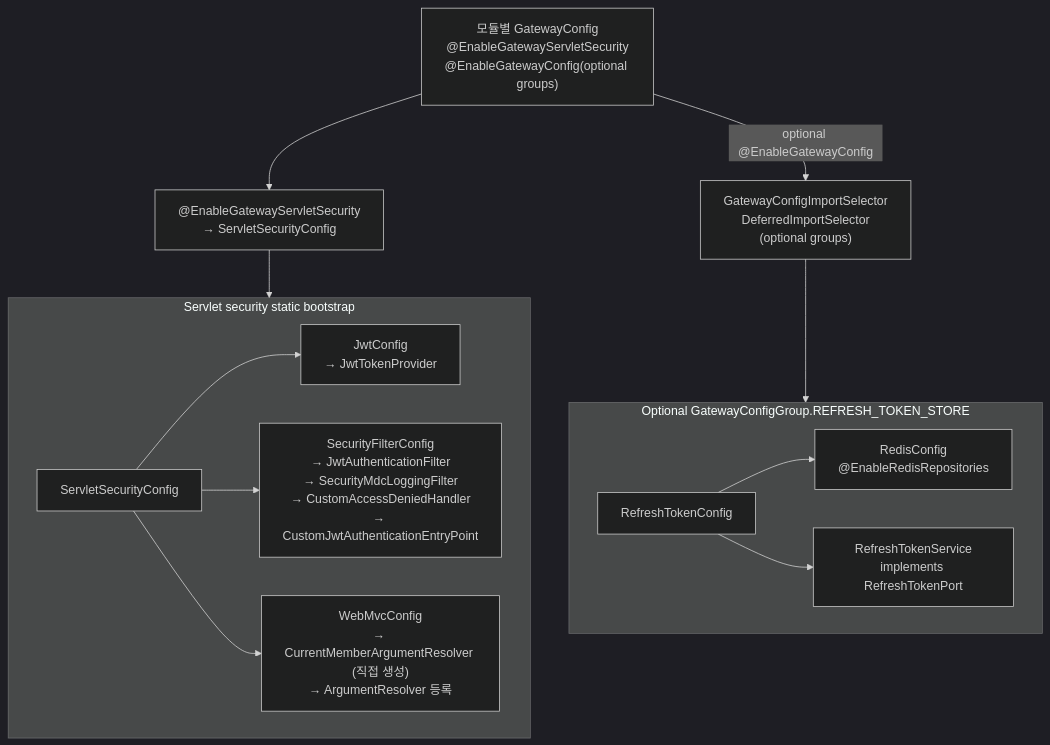
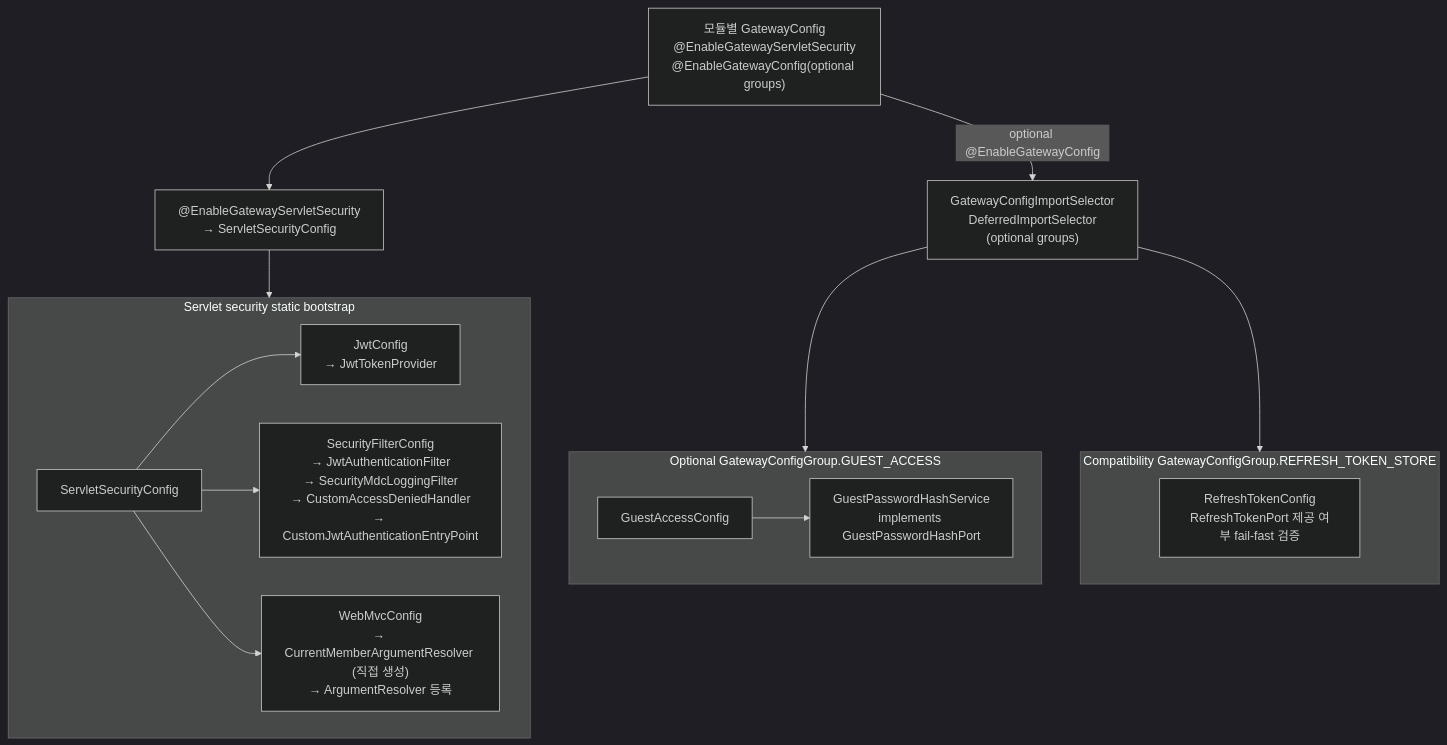
Before and after one commit to TEAM-BEAT/BEAT-SERVER: the second of 4 diagrams in gateway/README.md, drawn with Mermaid (dark theme). The commit also changed other lines of this file and 36 other files, not shown here.

Commit message:
refactor: align gateway logging and Redis boundaries

````diff
--- a/gateway/README.md
+++ b/gateway/README.md
@@ -120,30 +118,33 @@
 ```mermaid
 flowchart TB
     ModuleGatewayConfig["모듈별 GatewayConfig<br/>@EnableGatewayServletSecurity<br/>@EnableGatewayConfig(optional groups)"]
     Selector["GatewayConfigImportSelector<br/>DeferredImportSelector<br/>(optional groups)"]
 
     ServletBootstrap["@EnableGatewayServletSecurity<br/>→ ServletSecurityConfig"]
 
     subgraph SERVLET_BOOTSTRAP["Servlet security static bootstrap"]
         ServletSecurityConfig["ServletSecurityConfig"]
         JwtConfig["JwtConfig<br/>→ JwtTokenProvider"]
         SecurityConfig["SecurityFilterConfig<br/>→ JwtAuthenticationFilter<br/>→ SecurityMdcLoggingFilter<br/>→ CustomAccessDeniedHandler<br/>→ CustomJwtAuthenticationEntryPoint"]
         WebMvcConfig["WebMvcConfig<br/>→ CurrentMemberArgumentResolver (직접 생성)<br/>→ ArgumentResolver 등록"]
     end
 
-    subgraph REFRESH_TOKEN_STORE["Optional GatewayConfigGroup.REFRESH_TOKEN_STORE"]
-        RefreshTokenConfig["RefreshTokenConfig"]
-        RedisConfig["RedisConfig<br/>@EnableRedisRepositories"]
-        RefreshTokenService["RefreshTokenService<br/>implements RefreshTokenPort"]
+    subgraph GUEST_ACCESS["Optional GatewayConfigGroup.GUEST_ACCESS"]
+        GuestAccessConfig["GuestAccessConfig"]
+        GuestPasswordHashService["GuestPasswordHashService<br/>implements GuestPasswordHashPort"]
+    end
+
+    subgraph REFRESH_TOKEN_STORE["Compatibility GatewayConfigGroup.REFRESH_TOKEN_STORE"]
+        RefreshTokenConfig["RefreshTokenConfig<br/>RefreshTokenPort 제공 여부 fail-fast 검증"]
     end
 
     ModuleGatewayConfig --> ServletBootstrap
     ModuleGatewayConfig -->|optional @EnableGatewayConfig| Selector
     ServletBootstrap --> SERVLET_BOOTSTRAP
+    Selector --> GUEST_ACCESS
     Selector --> REFRESH_TOKEN_STORE
     ServletSecurityConfig --> JwtConfig
     ServletSecurityConfig --> SecurityConfig
     ServletSecurityConfig --> WebMvcConfig
-    RefreshTokenConfig --> RedisConfig
-    RefreshTokenConfig --> RefreshTokenService
+    GuestAccessConfig --> GuestPasswordHashService
 ```
````
